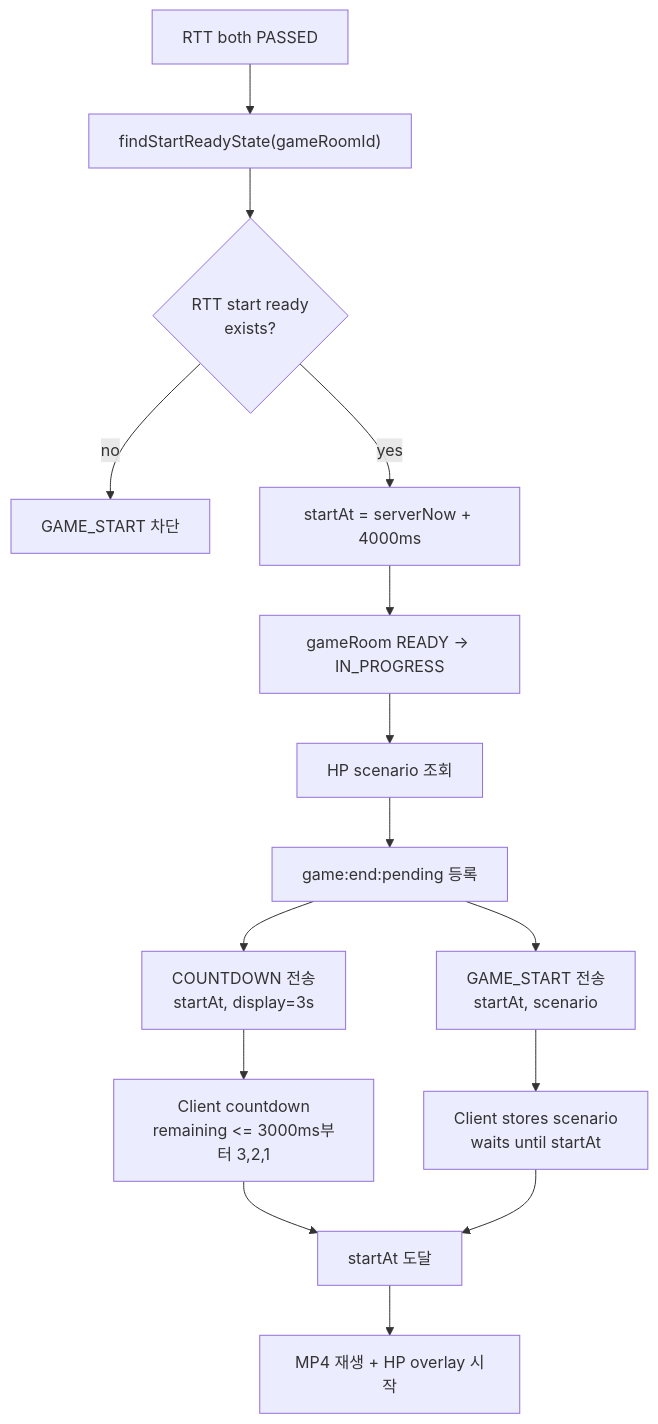
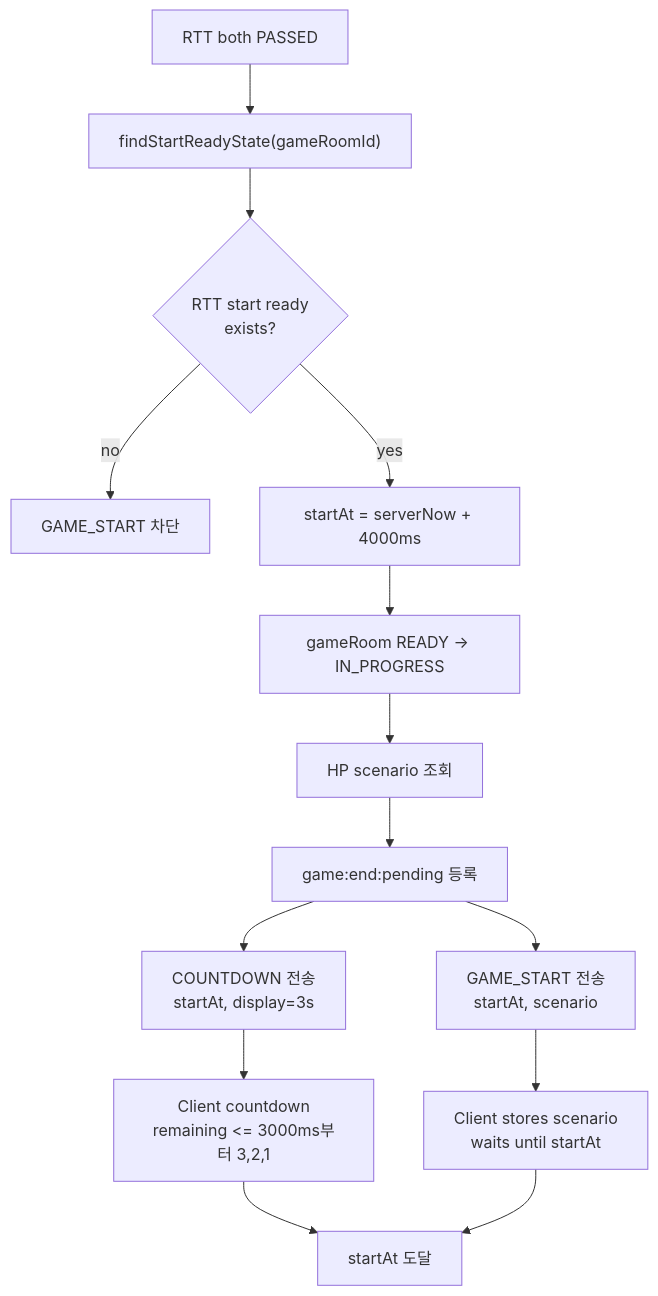
One commit to moonwhistle/League-of-Star changed the first of 3 diagrams in docs/antigravity/backend/issue-46-game-start-hp-scenario.md. Above: the diagram before and after it, drawn with Mermaid. The commit also changed other lines of this file and 47 other files, not shown here.

````diff
--- a/docs/antigravity/backend/issue-46-game-start-hp-scenario.md
+++ b/docs/antigravity/backend/issue-46-game-start-hp-scenario.md
@@ -11,17 +10,16 @@
 ```mermaid
 flowchart TD
     A["RTT both PASSED"] --> B["findStartReadyState(gameRoomId)"]
     B --> C{"RTT start ready<br/>exists?"}
     C -->|"no"| D["GAME_START 차단"]
     C -->|"yes"| E["startAt = serverNow + 4000ms"]
     E --> F["gameRoom READY -> IN_PROGRESS"]
     F --> G["HP scenario 조회"]
     G --> H["game:end:pending 등록"]
     H --> I["COUNTDOWN 전송<br/>startAt, display=3s"]
     H --> J["GAME_START 전송<br/>startAt, scenario"]
     I --> K["Client countdown<br/>remaining <= 3000ms부터 3,2,1"]
     J --> L["Client stores scenario<br/>waits until startAt"]
     K --> M["startAt 도달"]
     L --> M
-    M --> N["MP4 재생 + HP overlay 시작"]
 ```
````
